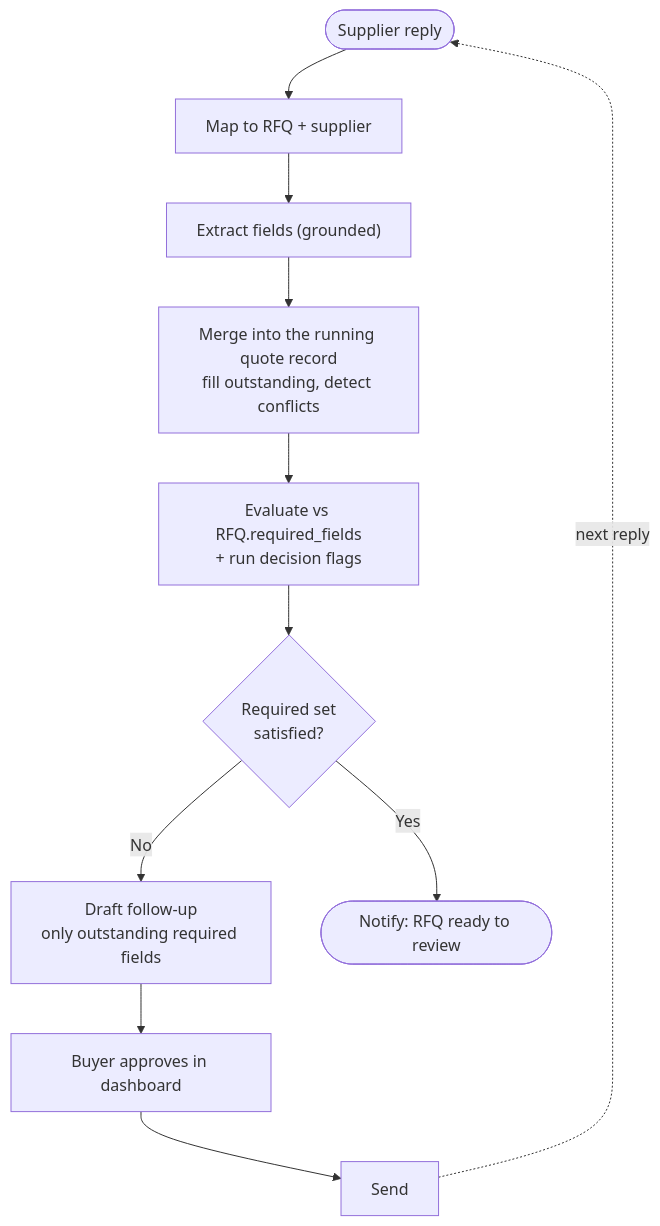
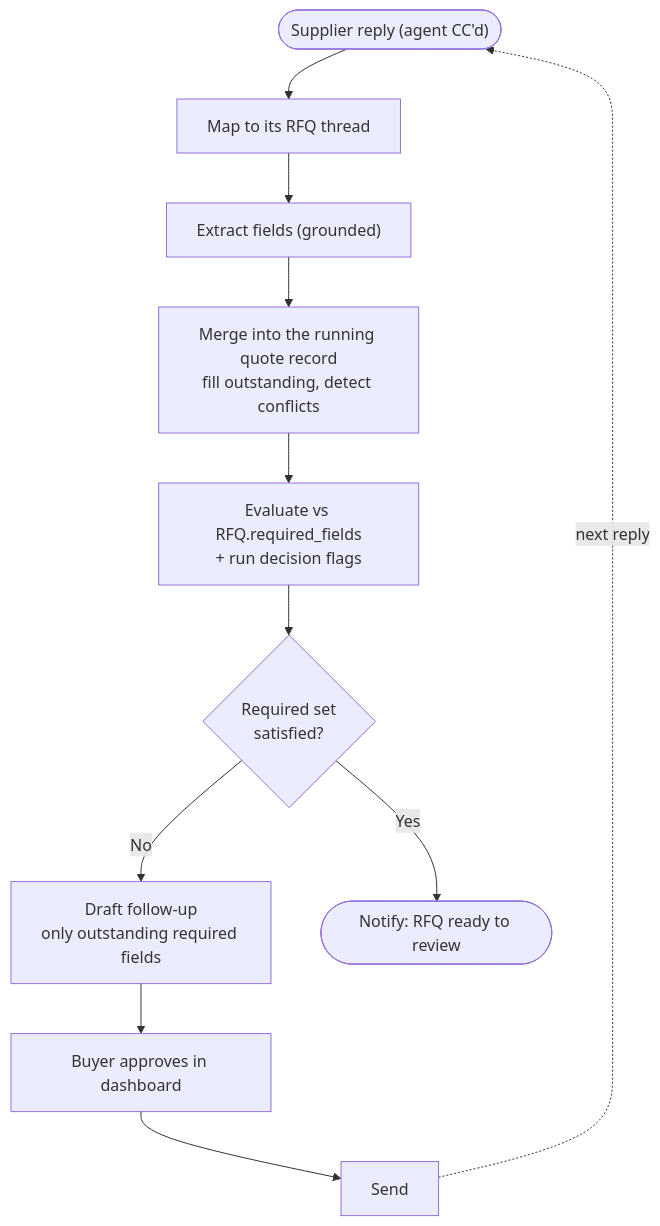
The second of 2 diagrams in README.md (JayleeBot/ForgeFlow), drawn with Mermaid before and after one commit. The commit also changed other lines of this file, not shown here.

First line of the commit message:
Update workflow: CC-triggered agent + human-owned decision dashboard

````diff
--- a/README.md
+++ b/README.md
@@ -52,13 +49,13 @@
 ```mermaid
 flowchart TD
-    R(["Supplier reply"]) --> M["Map to RFQ + supplier"]
+    R(["Supplier reply (agent CC'd)"]) --> M["Map to its RFQ thread"]
     M --> E["Extract fields (grounded)"]
     E --> U["Merge into the running quote record<br/>fill outstanding, detect conflicts"]
     U --> K["Evaluate vs RFQ.required_fields<br/>+ run decision flags"]
     K --> D{"Required set<br/>satisfied?"}
     D -- No --> F["Draft follow-up<br/>only outstanding required fields"]
     F --> A["Buyer approves in dashboard"]
     A --> S["Send"]
     S -. next reply .-> R
     D -- Yes --> N(["Notify: RFQ ready to review"])
 ```
````
